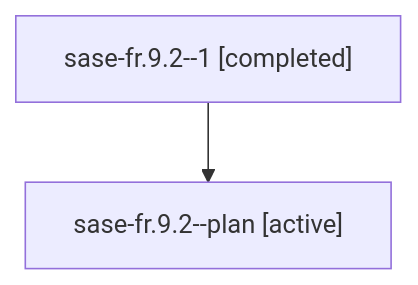
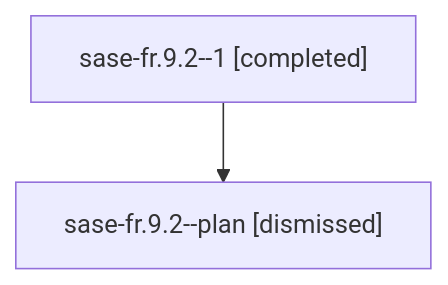
One commit to sase-org/sase--agents changed the diagram in sessions/bbugyi200.athena.sase-fr.9.2.md. Above: the diagram before and after it, drawn with Mermaid. The commit also changed other lines of this file and 116 other files, not shown here.

````diff
--- a/sessions/bbugyi200.athena.sase-fr.9.2.md
+++ b/sessions/bbugyi200.athena.sase-fr.9.2.md
@@ -9,6 +9,6 @@
 ```mermaid
 flowchart TD
   n0["sase-fr.9.2--1 [completed]"]
-  n1["sase-fr.9.2--plan [active]"]
+  n1["sase-fr.9.2--plan [dismissed]"]
   n0 --> n1
 ```
````
